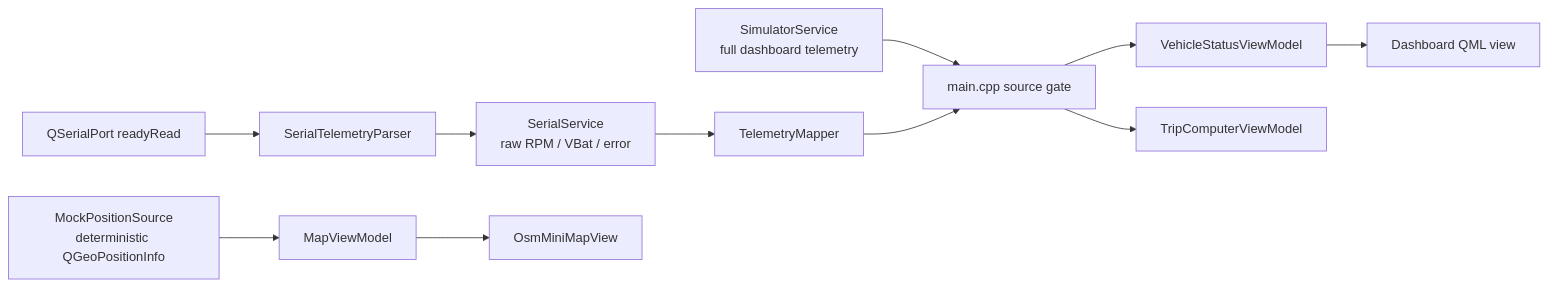
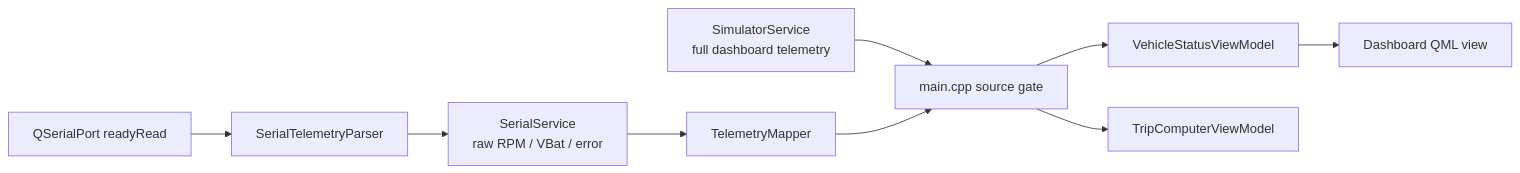
Before and after one commit to BUITANHUNG0411/CyberDash-STM32: the diagram in README.md, drawn with Mermaid. The commit also changed other lines of this file and 26 other files, not shown here.

````diff
--- a/README.md
+++ b/README.md
@@ -41,13 +39,11 @@
 ```mermaid
 flowchart LR
     Simulator[SimulatorService<br/>full dashboard telemetry] --> Gate[main.cpp source gate]
     Port[QSerialPort readyRead] --> Parser[SerialTelemetryParser]
     Parser --> Serial[SerialService<br/>raw RPM / VBat / error]
     Serial --> Mapper[TelemetryMapper]
     Mapper --> Gate
     Gate --> Vehicle[VehicleStatusViewModel]
     Gate --> Trip[TripComputerViewModel]
-    Position[MockPositionSource<br/>deterministic QGeoPositionInfo] --> Map[MapViewModel]
     Vehicle --> DashboardQML[Dashboard QML view]
-    Map --> MapQML[OsmMiniMapView]
 ```
````
